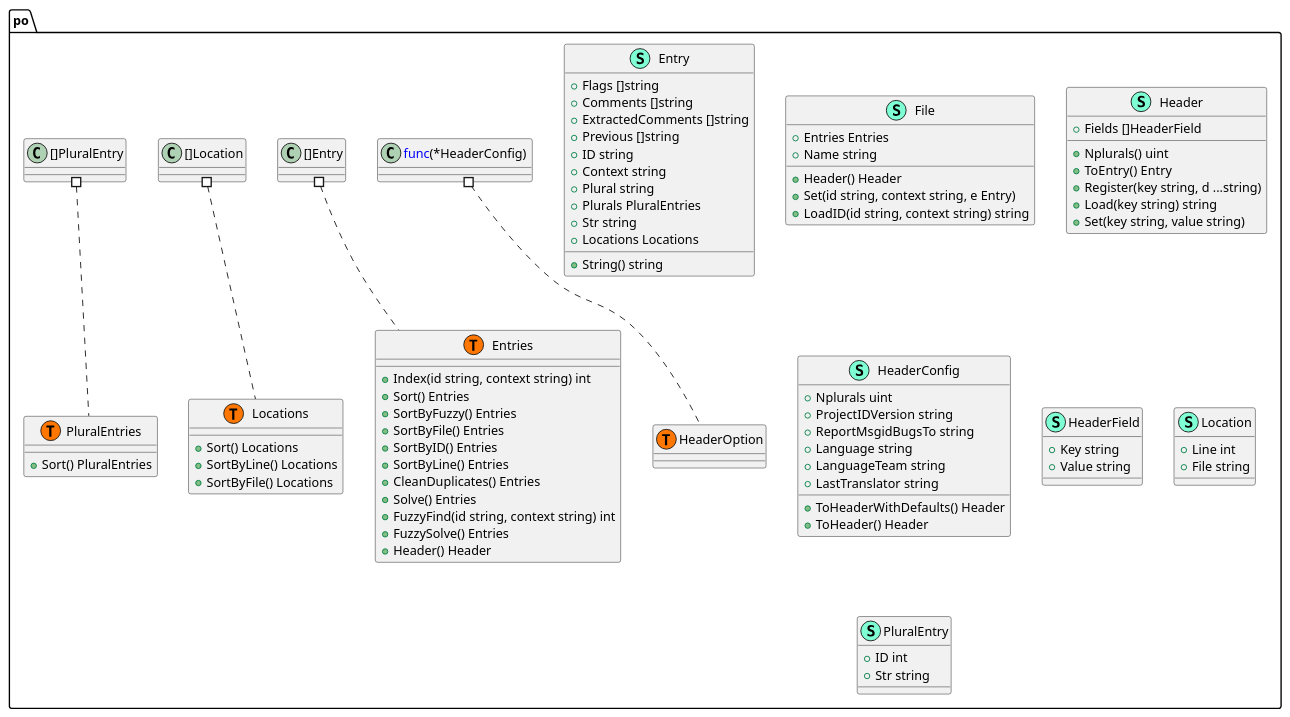
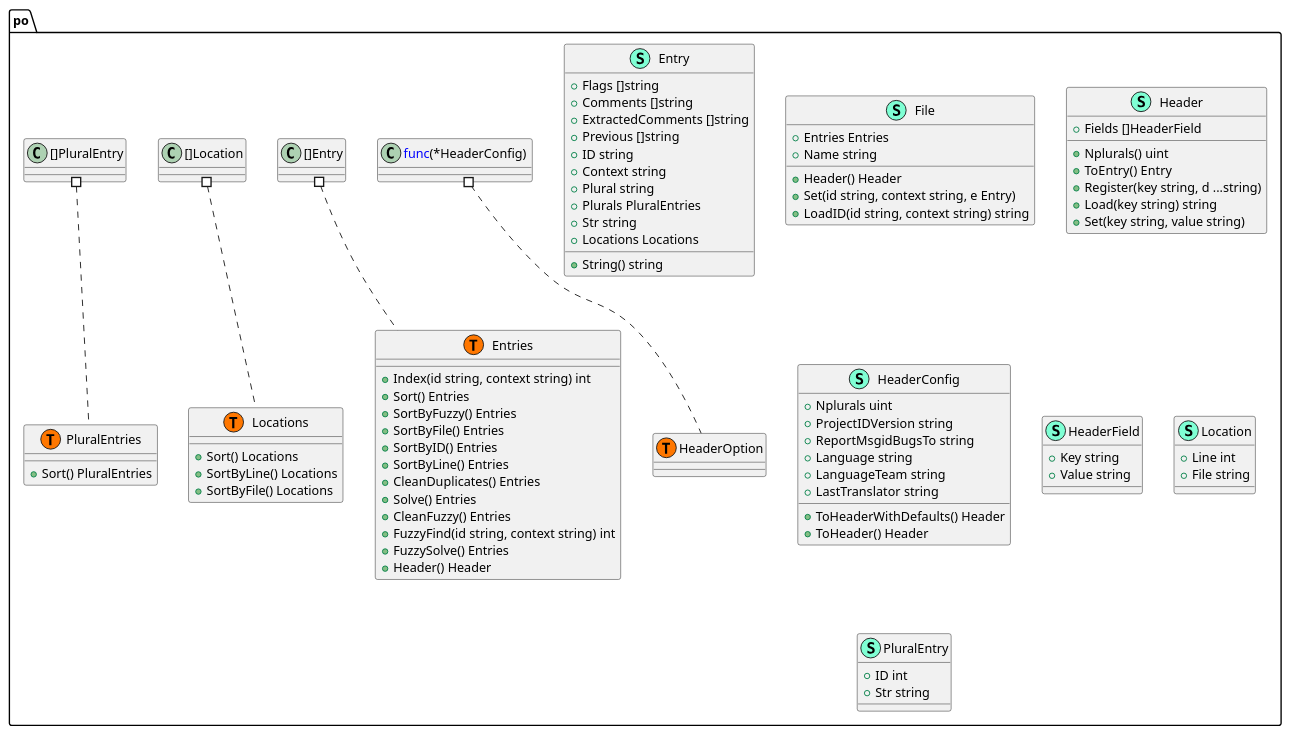
One commit to Tom5521/gotext-tools changed the diagram in pkg/po/structure.puml. Above: the diagram before and after it, drawn with PlantUML. The commit also changed 7 other files, not shown here.

Commit message:
docs: Update plantUML files

```diff
--- a/pkg/po/structure.puml
+++ b/pkg/po/structure.puml
@@ -1,103 +1,104 @@
 @startuml
 namespace po {
     class Entries << (S,Aquamarine) >> {
         + Index(id string, context string) int
         + Sort() Entries
         + SortByFuzzy() Entries
         + SortByFile() Entries
         + SortByID() Entries
         + SortByLine() Entries
         + CleanDuplicates() Entries
         + Solve() Entries
+        + CleanFuzzy() Entries
         + FuzzyFind(id string, context string) int
         + FuzzySolve() Entries
         + Header() Header
 
     }
     class Entry << (S,Aquamarine) >> {
         + Flags []string
         + Comments []string
         + ExtractedComments []string
         + Previous []string
         + ID string
         + Context string
         + Plural string
         + Plurals PluralEntries
         + Str string
         + Locations Locations
 
         + String() string
 
     }
     class File << (S,Aquamarine) >> {
         + Entries Entries
         + Name string
 
         + Header() Header
         + Set(id string, context string, e Entry) 
         + LoadID(id string, context string) string
 
     }
     class Header << (S,Aquamarine) >> {
         + Fields []HeaderField
 
         + Nplurals() uint
         + ToEntry() Entry
         + Register(key string, d ...string) 
         + Load(key string) string
         + Set(key string, value string) 
 
     }
     class HeaderConfig << (S,Aquamarine) >> {
         + Nplurals uint
         + ProjectIDVersion string
         + ReportMsgidBugsTo string
         + Language string
         + LanguageTeam string
         + LastTranslator string
 
         + ToHeaderWithDefaults() Header
         + ToHeader() Header
 
     }
     class HeaderField << (S,Aquamarine) >> {
         + Key string
         + Value string
 
     }
     class Location << (S,Aquamarine) >> {
         + Line int
         + File string
 
     }
     class Locations << (S,Aquamarine) >> {
         + Sort() Locations
         + SortByLine() Locations
         + SortByFile() Locations
 
     }
     class PluralEntries << (S,Aquamarine) >> {
         + Sort() PluralEntries
 
     }
     class PluralEntry << (S,Aquamarine) >> {
         + ID int
         + Str string
 
     }
     class po.Entries << (T, #FF7700) >>  {
     }
     class po.HeaderOption << (T, #FF7700) >>  {
     }
     class po.Locations << (T, #FF7700) >>  {
     }
     class po.PluralEntries << (T, #FF7700) >>  {
     }
 }
 
 
 "po.<font color=blue>func</font>(*HeaderConfig) " #.. "po.HeaderOption"
 "po.[]Entry" #.. "po.Entries"
 "po.[]Location" #.. "po.Locations"
 "po.[]PluralEntry" #.. "po.PluralEntries"
 @enduml
```
